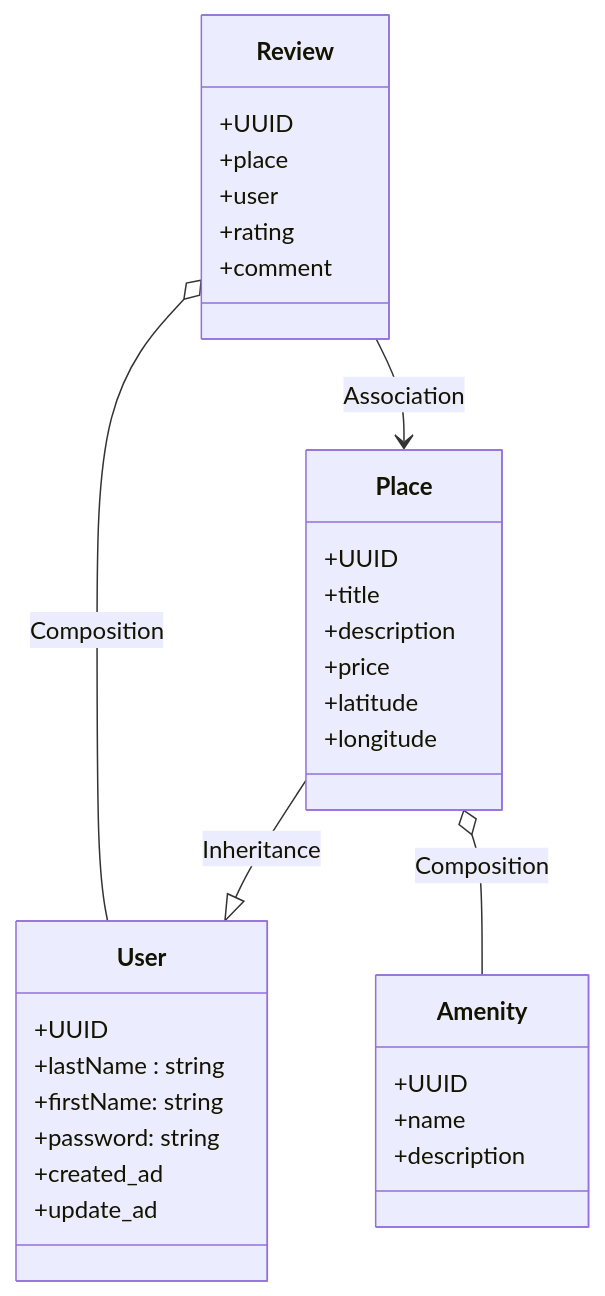
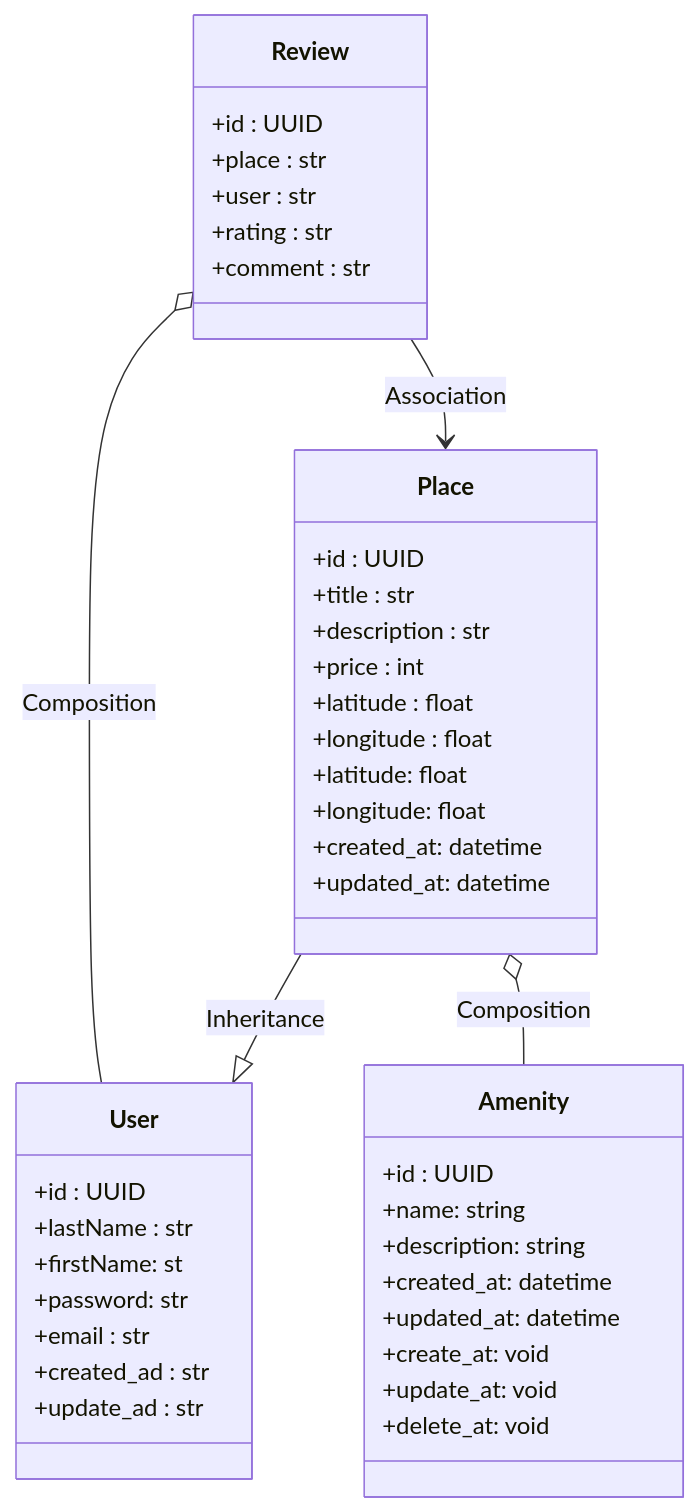
Before and after one commit to Nordine000/holbertonschool-hbnb: the diagram in part1/Task1/Datailed_class_Diagram.mmd, drawn with Mermaid. The commit also changed 7 other files, not shown here.

```diff
--- a/part1/Task1/Datailed_class_Diagram.mmd
+++ b/part1/Task1/Datailed_class_Diagram.mmd
@@ -1,33 +1,44 @@
 classDiagram
-class User {
-    +UUID
-    +lastName : string
-    +firstName: string
-    +password: string
-    +created_ad
-    +update_ad
+    class User {
+        +id : UUID
+        +lastName : str
+        +firstName: st
+        +password: str
+        +email : str
+        +created_ad : str
+        +update_ad : str
 }
-class Place {
-    +UUID
-    +title
-    +description
-    +price
-    +latitude
-    +longitude
+    class Place {
+        +id : UUID
+        +title : str
+        +description : str
+        +price : int
+        +latitude : float
+        +longitude : float
+        +latitude: float
+        +longitude: float
+        +created_at: datetime
+        +updated_at: datetime
 }
-class Review {
-    +UUID
-    +place
-    +user
-    +rating
-    +comment
+    class Review {
+        +id : UUID
+        +place : str
+        +user : str
+        +rating : str
+        +comment : str
 }
-class Amenity {
-    +UUID
-    +name
-    +description
+    class Amenity {
+        +id : UUID
+        +name: string
+        +description: string
+        +created_at: datetime
+        +updated_at: datetime
+        +create_at: void
+        +update_at: void
+        +delete_at: void
 }
+
 Place --|> User : Inheritance
 Review o-- User : Composition
 Review --> Place : Association
 Place o-- Amenity : Composition
```
